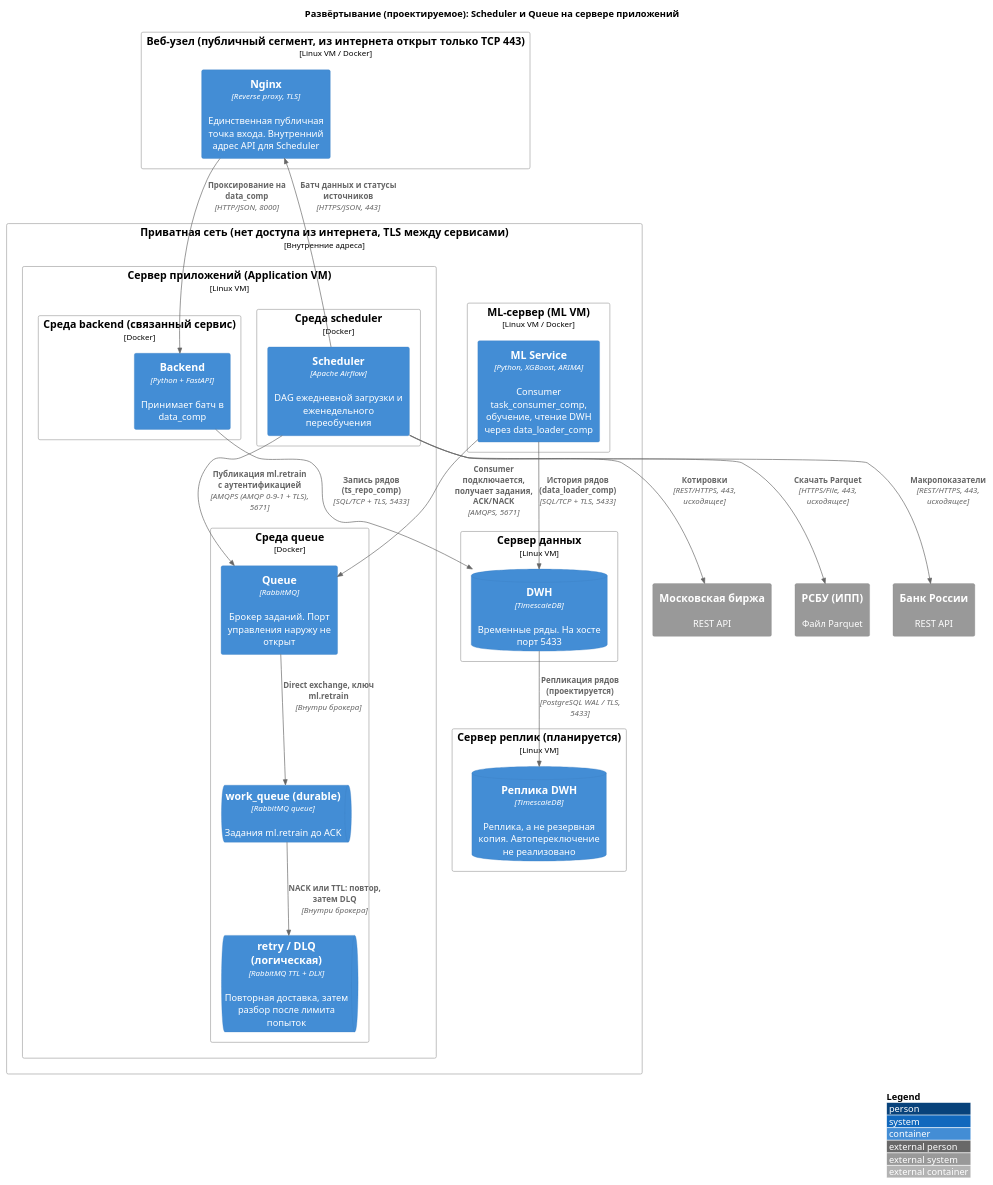
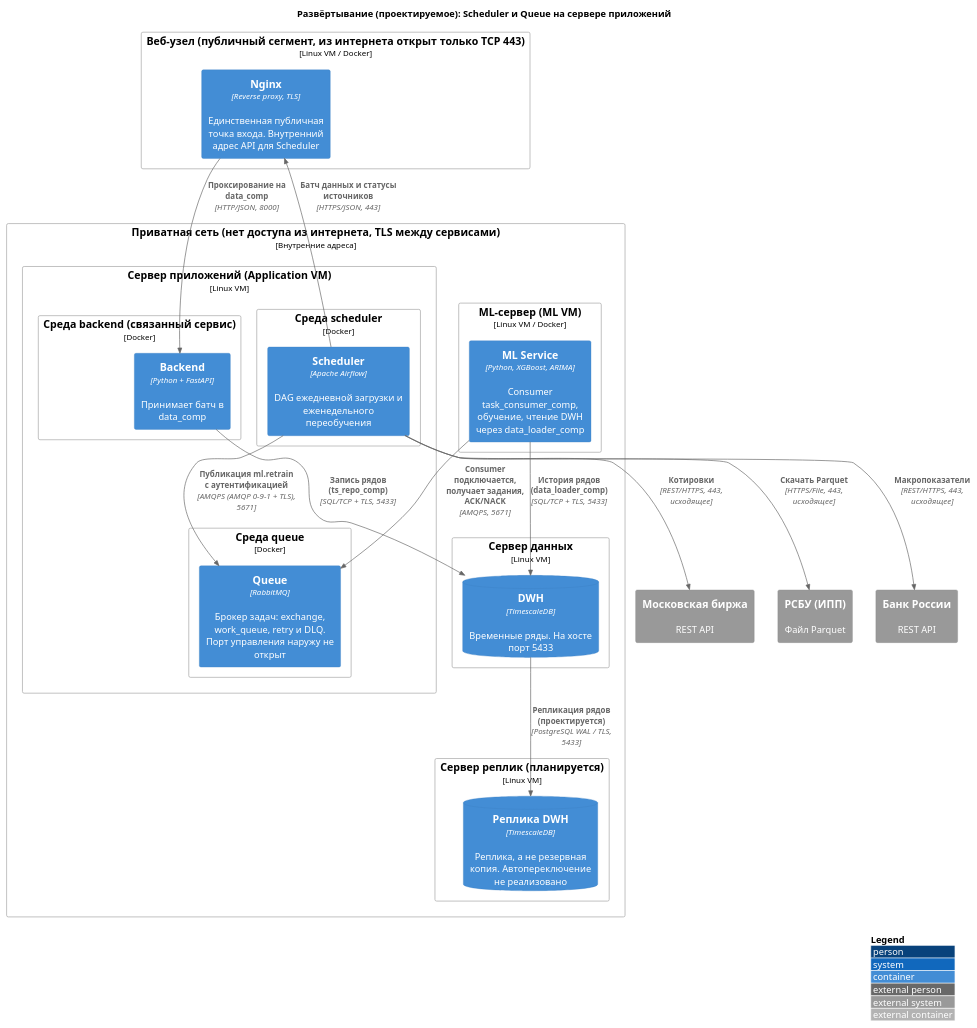
One commit to Jjots/finance-forecast-app changed the diagram in src/lab4/danya/deployment_danya.puml. Above: the diagram before and after it, drawn with PlantUML. The commit also changed 1 other file, not shown here.

Commit message:
fix: correct Danya lab4 diagrams

```diff
--- a/src/lab4/danya/deployment_danya.puml
+++ b/src/lab4/danya/deployment_danya.puml
@@ -1,61 +1,59 @@
 @startuml deployment_danya
 !include https://raw.githubusercontent.com/plantuml-stdlib/C4-PlantUML/master/C4_Deployment.puml
 
 LAYOUT_WITH_LEGEND()
 
 title Развёртывание (проектируемое): Scheduler и Queue на сервере приложений
 
 System_Ext(rfsd_dataset, "РСБУ (ИПП)", "Файл Parquet")
 System_Ext(cbr_api, "Банк России", "REST API")
 System_Ext(moex_api, "Московская биржа", "REST API")
 
 Deployment_Node(web_vm, "Веб-узел (публичный сегмент, из интернета открыт только TCP 443)", "Linux VM / Docker") {
     Container(nginx, "Nginx", "Reverse proxy, TLS", "Единственная публичная точка входа. Внутренний адрес API для Scheduler")
 }
 
 Deployment_Node(private_network, "Приватная сеть (нет доступа из интернета, TLS между сервисами)", "Внутренние адреса") {
 
     Deployment_Node(app_vm, "Сервер приложений (Application VM)", "Linux VM") {
         Deployment_Node(scheduler_env, "Среда scheduler", "Docker") {
             Container(scheduler, "Scheduler", "Apache Airflow", "DAG ежедневной загрузки и еженедельного переобучения")
         }
+
         Deployment_Node(queue_env, "Среда queue", "Docker") {
-            Container(queue, "Queue", "RabbitMQ", "Брокер заданий. Порт управления наружу не открыт")
-            ContainerQueue(work_queue, "work_queue (durable)", "RabbitMQ queue", "Задания ml.retrain до ACK")
-            ContainerQueue(retry_dlq, "retry / DLQ (логическая)", "RabbitMQ TTL + DLX", "Повторная доставка, затем разбор после лимита попыток")
+            Container(queue, "Queue", "RabbitMQ", "Брокер задач: exchange, work_queue, retry и DLQ. Порт управления наружу не открыт")
         }
+
         Deployment_Node(backend_env, "Среда backend (связанный сервис)", "Docker") {
             Container(backend, "Backend", "Python + FastAPI", "Принимает батч в data_comp")
         }
     }
 
     Deployment_Node(ml_vm, "ML-сервер (ML VM)", "Linux VM / Docker") {
         Container(ml_service, "ML Service", "Python, XGBoost, ARIMA", "Consumer task_consumer_comp, обучение, чтение DWH через data_loader_comp")
     }
 
     Deployment_Node(db_vm, "Сервер данных", "Linux VM") {
         ContainerDb(dwh, "DWH", "TimescaleDB", "Временные ряды. На хосте порт 5433")
     }
 
     Deployment_Node(replica_vm, "Сервер реплик (планируется)", "Linux VM") {
         ContainerDb(dwh_replica, "Реплика DWH", "TimescaleDB", "Реплика, а не резервная копия. Автопереключение не реализовано")
     }
 }
 
 Rel(scheduler, rfsd_dataset, "Скачать Parquet", "HTTPS/File, 443, исходящее")
 Rel(scheduler, cbr_api, "Макропоказатели", "REST/HTTPS, 443, исходящее")
 Rel(scheduler, moex_api, "Котировки", "REST/HTTPS, 443, исходящее")
 
 Rel(scheduler, nginx, "Батч данных и статусы источников", "HTTPS/JSON, 443")
 Rel(nginx, backend, "Проксирование на data_comp", "HTTP/JSON, 8000")
 Rel(backend, dwh, "Запись рядов (ts_repo_comp)", "SQL/TCP + TLS, 5433")
 
 Rel(scheduler, queue, "Публикация ml.retrain с аутентификацией", "AMQPS (AMQP 0-9-1 + TLS), 5671")
 Rel(ml_service, queue, "Consumer подключается, получает задания, ACK/NACK", "AMQPS, 5671")
-Rel(queue, work_queue, "Direct exchange, ключ ml.retrain", "Внутри брокера")
-Rel(work_queue, retry_dlq, "NACK или TTL: повтор, затем DLQ", "Внутри брокера")
 
 Rel(ml_service, dwh, "История рядов (data_loader_comp)", "SQL/TCP + TLS, 5433")
 Rel(dwh, dwh_replica, "Репликация рядов (проектируется)", "PostgreSQL WAL / TLS, 5433")
 
 @enduml
```
